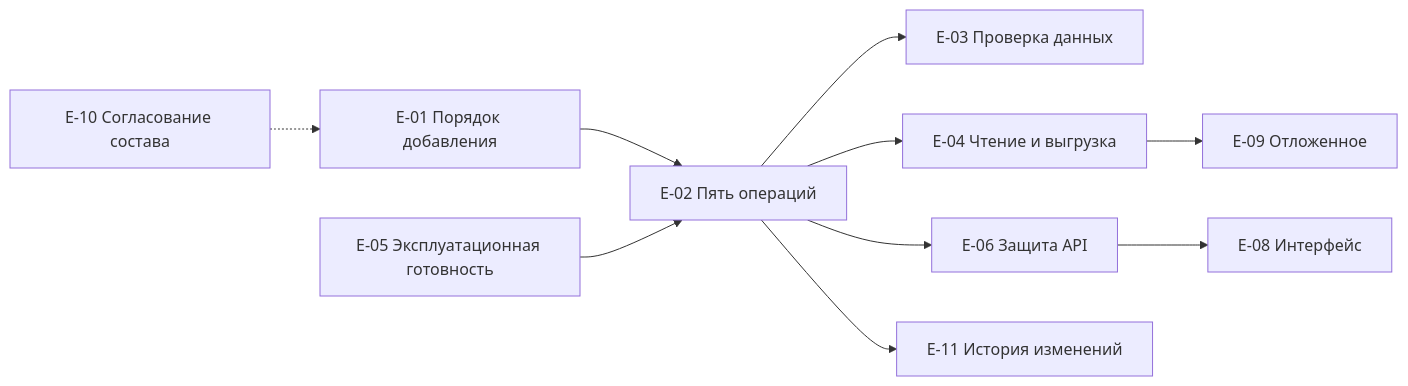
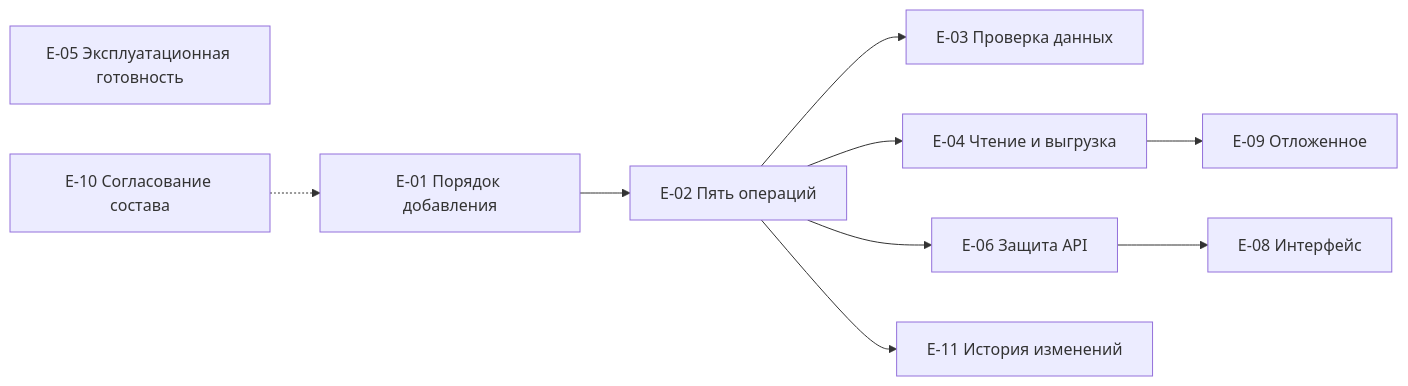
One commit to MEPhI-C22-501/arch-info-system-monorepo changed the diagram in reference-manager/docs/block-c-requirements-and-roles/090.features-epics.md. Above: the diagram before and after it, drawn with Mermaid. The commit also changed other lines of this file and 27 other files, not shown here.

````diff
--- a/reference-manager/docs/block-c-requirements-and-roles/090.features-epics.md
+++ b/reference-manager/docs/block-c-requirements-and-roles/090.features-epics.md
@@ -24,12 +24,12 @@
 ```mermaid
 flowchart LR
     E01["E-01 Порядок добавления"] --> E02["E-02 Пять операций"]
     E02 --> E03["E-03 Проверка данных"]
     E02 --> E04["E-04 Чтение и выгрузка"]
-    E05["E-05 Эксплуатационная готовность"] --> E02
+    E05["E-05 Эксплуатационная готовность"]
     E02 --> E06["E-06 Защита API"]
     E02 --> E11["E-11 История изменений"]
     E06 --> E08["E-08 Интерфейс"]
     E04 --> E09["E-09 Отложенное"]
     E10["E-10 Согласование состава"] -.-> E01
 ```
````
